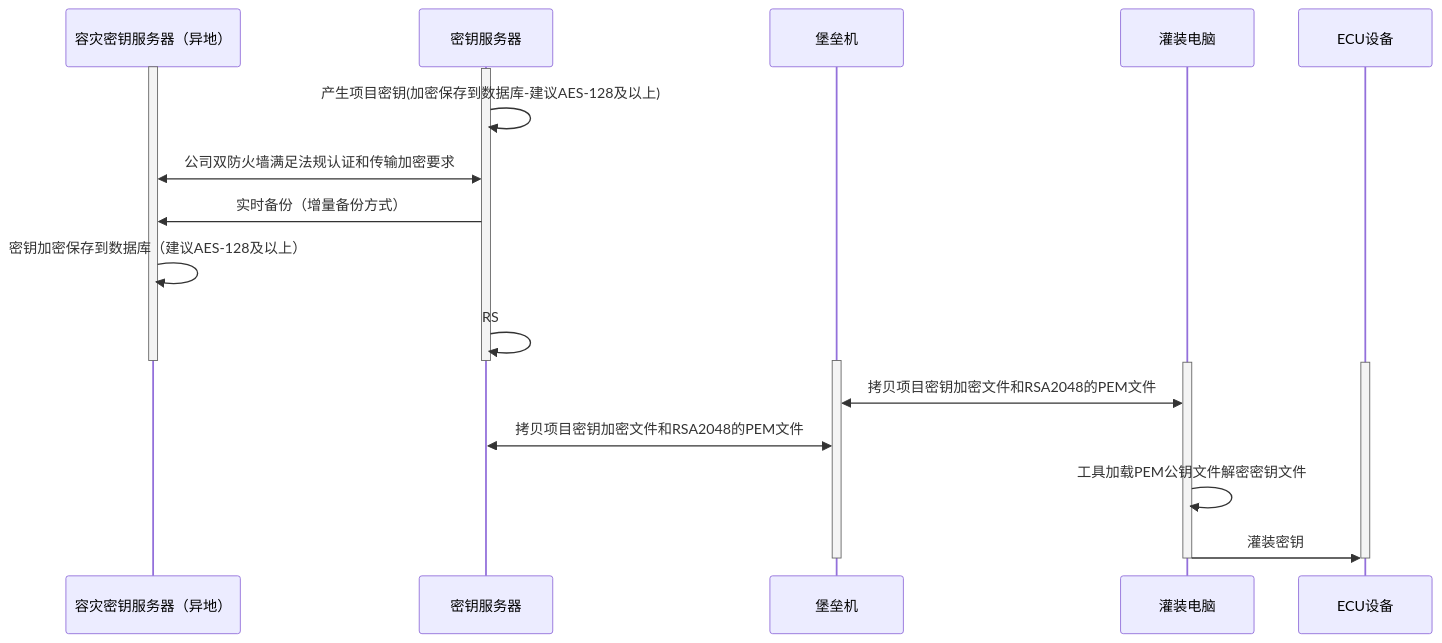
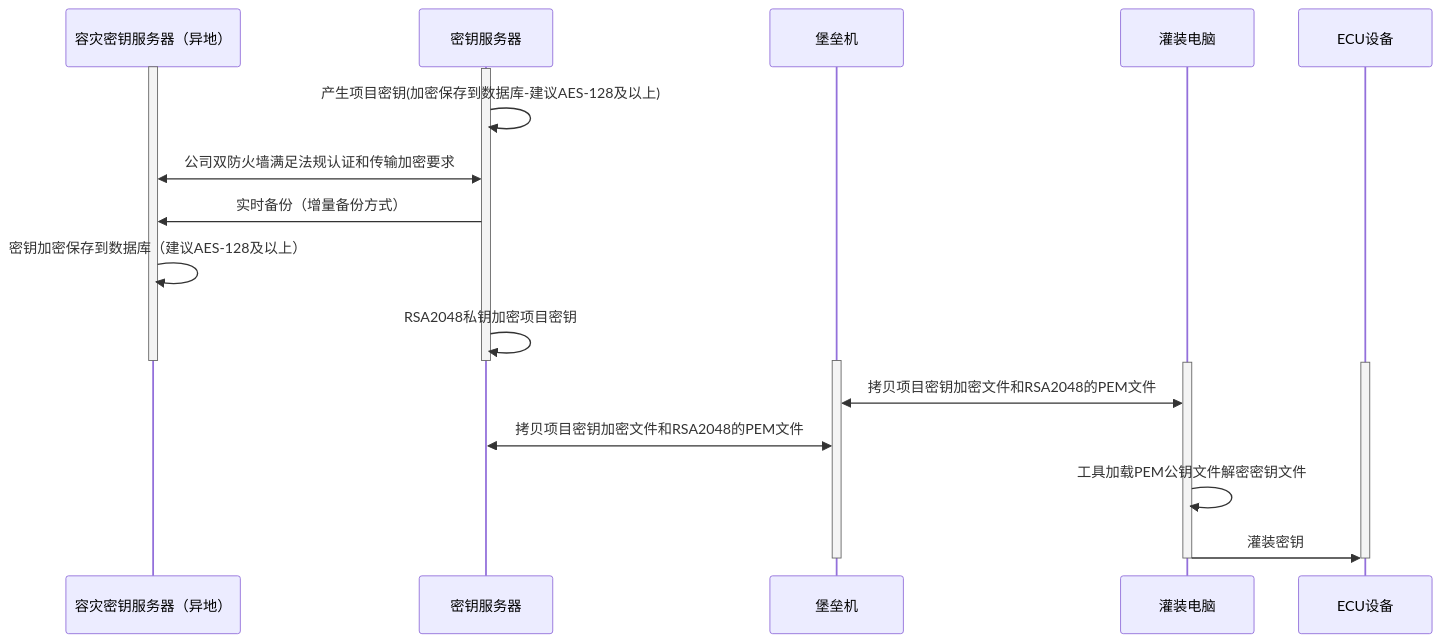
Before and after one commit to facebook-cloud/iodraw-files: the diagram in all/未命名-15.md, drawn with Mermaid.

Commit message:
2026-02-07 14:06:42 update

````diff
--- a/all/未命名-15.md
+++ b/all/未命名-15.md
@@ -1,31 +1,31 @@
 ```mermaid
 sequenceDiagram
     participant A as 容灾密钥服务器（异地）
     participant B as 密钥服务器
     participant C as 堡垒机
     participant D as 灌装电脑
     participant E as ECU设备
 
     activate A
     activate B
     B->>B: 产生项目密钥(加密保存到数据库-建议AES-128及以上)
     A<<->>B: 公司双防火墙满足法规认证和传输加密要求
     B->>A: 实时备份（增量备份方式）
     A->>A: 密钥加密保存到数据库（建议AES-128及以上）
-    B->>B: RS
+    B->>B: RSA2048私钥加密项目密钥
     deactivate B
     deactivate A
 
     activate C
     activate D
     activate E
 
     D<<->>C: 拷贝项目密钥加密文件和RSA2048的PEM文件
     C<<->>B: 拷贝项目密钥加密文件和RSA2048的PEM文件
     D->>D:工具加载PEM公钥文件解密密钥文件
     D->>E: 灌装密钥
     deactivate C
     deactivate D
     deactivate E
 
 ```
````
